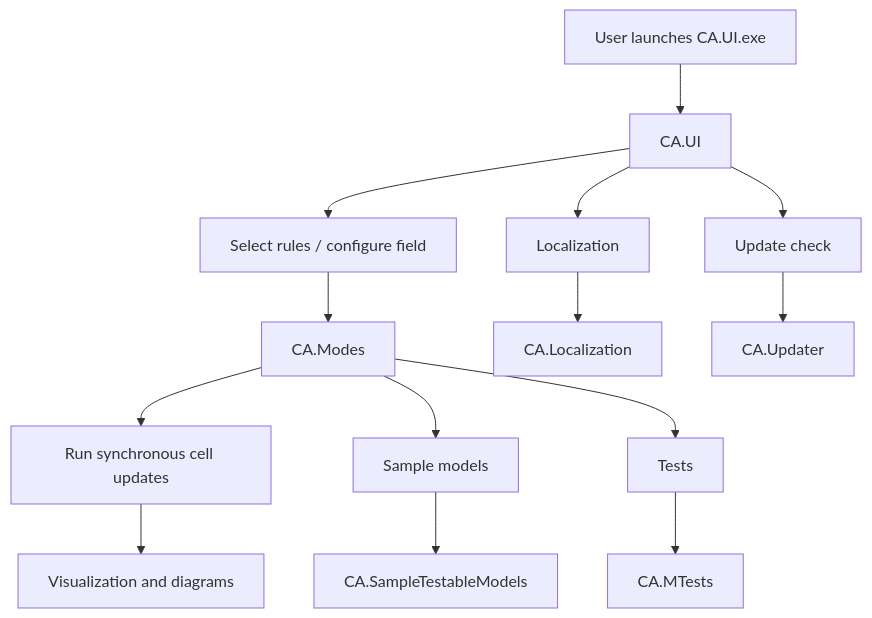
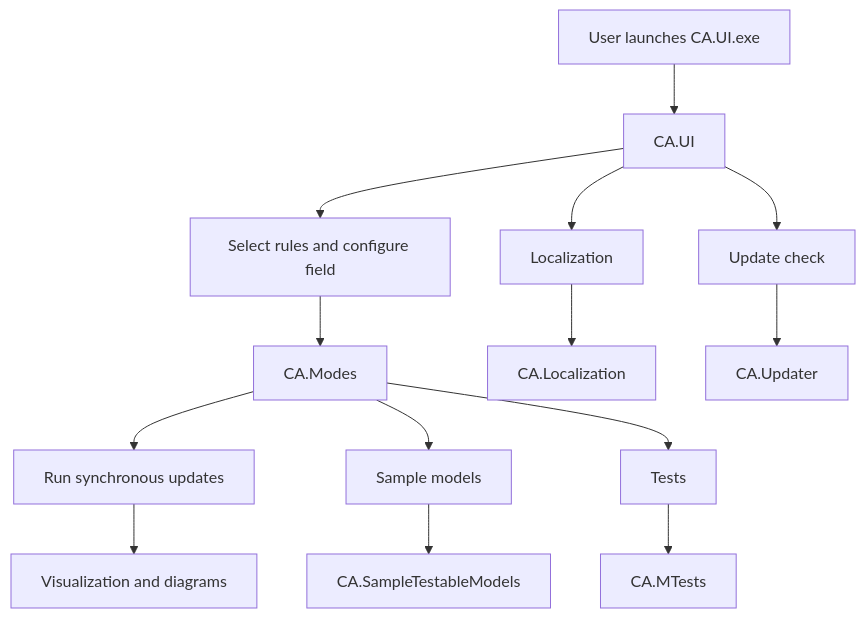
The first of 2 diagrams in README.md (SamShekhovtsov/camachineresearch), drawn with Mermaid before and after one commit. The commit also changed other lines of this file, not shown here.

````diff
--- a/README.md
+++ b/README.md
@@ -126,16 +109,16 @@
 ```mermaid
 flowchart TD
     A[User launches CA.UI.exe] --> B[CA.UI]
-    B --> C[Select rules / configure field]
+    B --> C[Select rules and configure field]
     C --> D[CA.Modes]
-    D --> E[Run synchronous cell updates]
+    D --> E[Run synchronous updates]
     E --> F[Visualization and diagrams]
     D --> G[Sample models]
     G --> H[CA.SampleTestableModels]
     B --> I[Localization]
     I --> J[CA.Localization]
     B --> K[Update check]
     K --> L[CA.Updater]
     D --> M[Tests]
     M --> N[CA.MTests]
 ```
````
